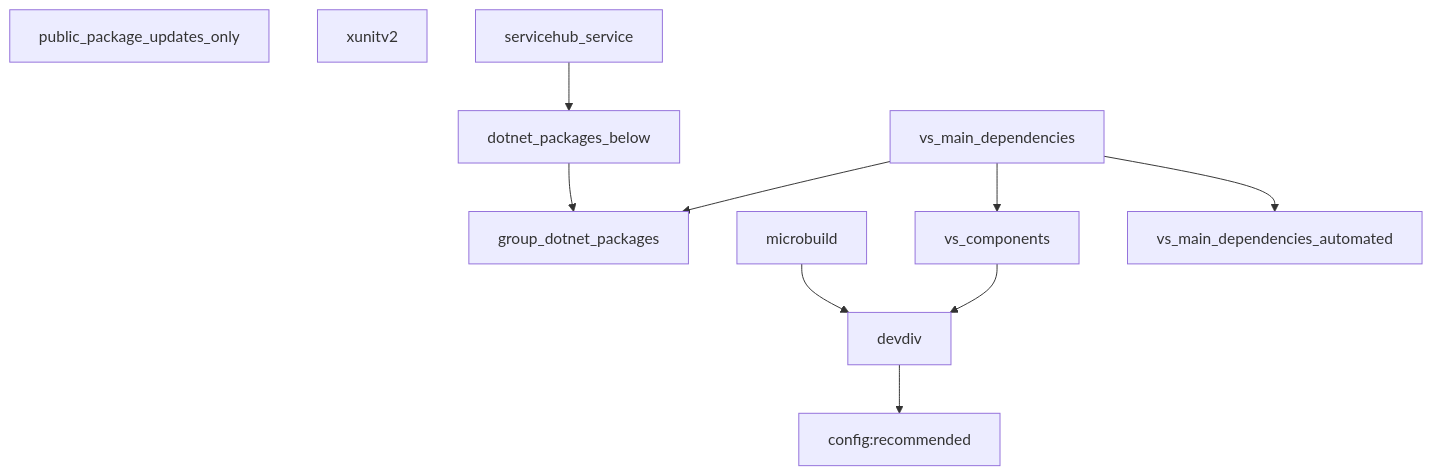
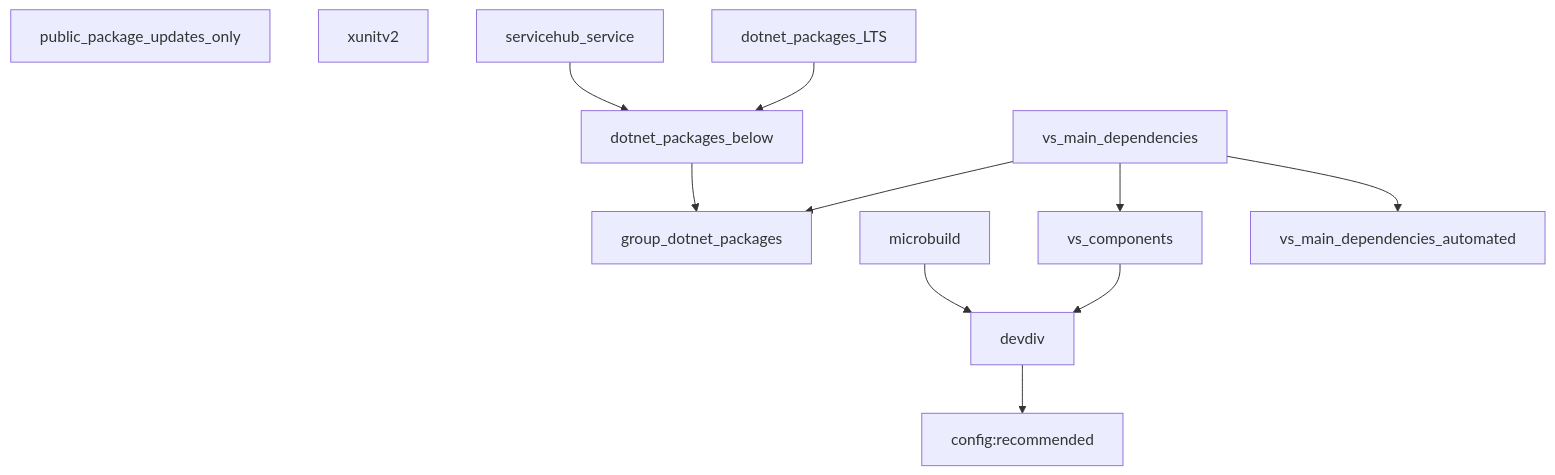
One commit to microsoft/vs-renovate-presets changed the diagram in README.md. Above: the diagram before and after it, drawn with Mermaid. The commit also changed 1 other file, not shown here.

Commit message:
Add .NET package LTS preset

````diff
--- a/README.md
+++ b/README.md
@@ -10,13 +10,14 @@
 ```mermaid
 flowchart TD
     devdiv --> configRecommended["config:recommended"]
     dotnet_packages_below --> group_dotnet_packages
     microbuild --> devdiv
     vs_components --> devdiv
     vs_main_dependencies --> vs_components
     vs_main_dependencies --> group_dotnet_packages
     vs_main_dependencies --> vs_main_dependencies_automated
     public_package_updates_only
     xunitv2
     servicehub_service --> dotnet_packages_below
+    dotnet_packages_LTS --> dotnet_packages_below
 ```
````
